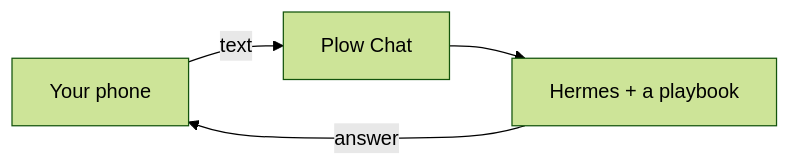
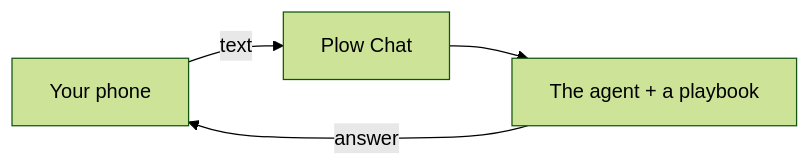
The diagram in README.md (kumanaya/openclaw-cat-paw), drawn with Mermaid (forest theme) before and after one commit. The commit also changed other lines of this file, not shown here.

````diff
--- a/README.md
+++ b/README.md
@@ -55,6 +88,6 @@
 ```mermaid
 flowchart LR
   phone["Your phone"] -->|"text"| plow["Plow Chat"]
-  plow --> hermes["Hermes + a playbook"]
-  hermes -->|"answer"| phone
+  plow --> agent["The agent + a playbook"]
+  agent -->|"answer"| phone
 ```
````
